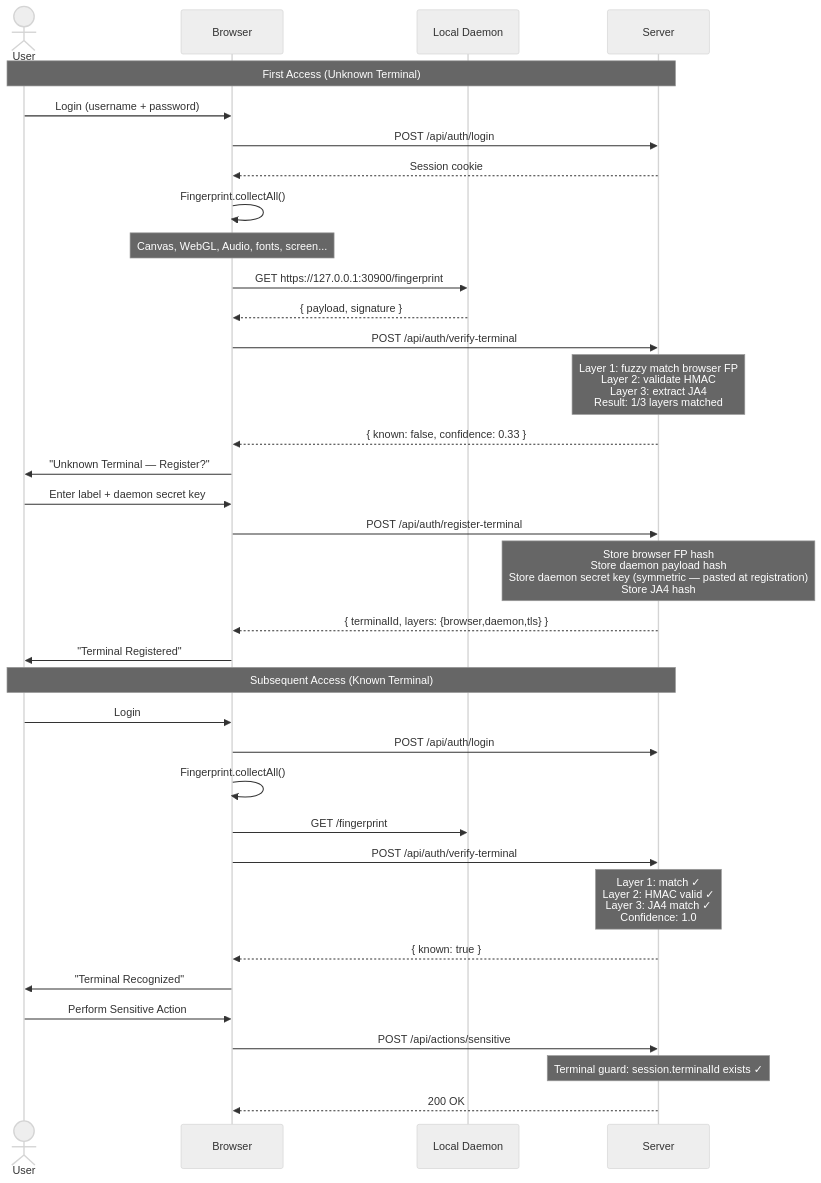
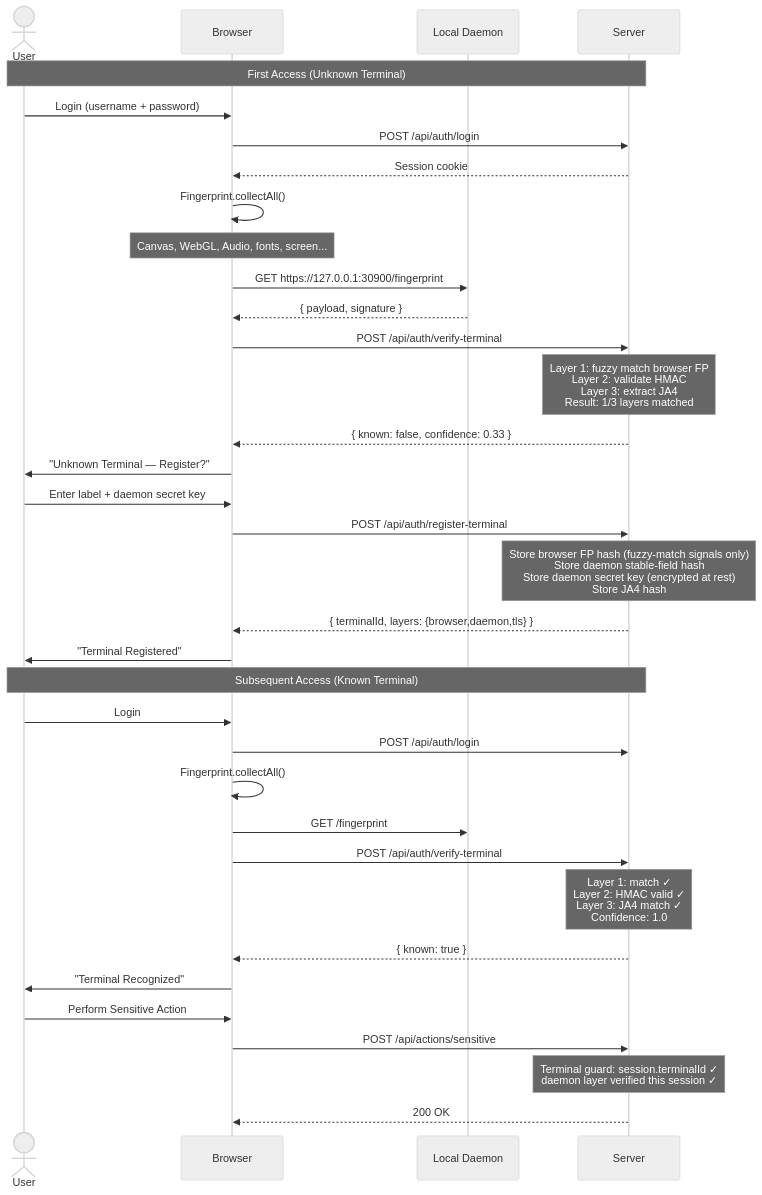
One commit to andermoreira/dna changed the third of 6 diagrams in README.md. Above: the diagram before and after it, drawn with Mermaid (neutral theme). The commit also changed other lines of this file and 27 other files, not shown here.

First line of the commit message:
feat(security): Harden terminal auth and secret storage

````diff
--- a/README.md
+++ b/README.md
@@ -88,50 +97,50 @@
 ```mermaid
 sequenceDiagram
     actor User
     participant Browser
     participant Daemon as Local Daemon
     participant Server
 
     Note over User,Server: First Access (Unknown Terminal)
 
     User->>Browser: Login (username + password)
     Browser->>Server: POST /api/auth/login
     Server-->>Browser: Session cookie
 
     Browser->>Browser: Fingerprint.collectAll()
     Note over Browser: Canvas, WebGL, Audio, fonts, screen...
 
     Browser->>Daemon: GET https://127.0.0.1:30900/fingerprint
     Daemon-->>Browser: { payload, signature }
 
     Browser->>Server: POST /api/auth/verify-terminal
     Note over Server: Layer 1: fuzzy match browser FP<br/>Layer 2: validate HMAC<br/>Layer 3: extract JA4<br/>Result: 1/3 layers matched
 
     Server-->>Browser: { known: false, confidence: 0.33 }
     Browser->>User: "Unknown Terminal — Register?"
 
     User->>Browser: Enter label + daemon secret key
     Browser->>Server: POST /api/auth/register-terminal
-    Note over Server: Store browser FP hash<br/>Store daemon payload hash<br/>Store daemon secret key (symmetric — pasted at registration)<br/>Store JA4 hash
+    Note over Server: Store browser FP hash (fuzzy-match signals only)<br/>Store daemon stable-field hash<br/>Store daemon secret key (encrypted at rest)<br/>Store JA4 hash
 
     Server-->>Browser: { terminalId, layers: {browser,daemon,tls} }
     Browser->>User: "Terminal Registered"
 
     Note over User,Server: Subsequent Access (Known Terminal)
 
     User->>Browser: Login
     Browser->>Server: POST /api/auth/login
     Browser->>Browser: Fingerprint.collectAll()
     Browser->>Daemon: GET /fingerprint
     Browser->>Server: POST /api/auth/verify-terminal
     Note over Server: Layer 1: match ✓<br/>Layer 2: HMAC valid ✓<br/>Layer 3: JA4 match ✓<br/>Confidence: 1.0
 
     Server-->>Browser: { known: true }
     Browser->>User: "Terminal Recognized"
 
     User->>Browser: Perform Sensitive Action
     Browser->>Server: POST /api/actions/sensitive
-    Note over Server: Terminal guard: session.terminalId exists ✓
+    Note over Server: Terminal guard: session.terminalId ✓<br/>daemon layer verified this session ✓
 
     Server-->>Browser: 200 OK
 ```
````
